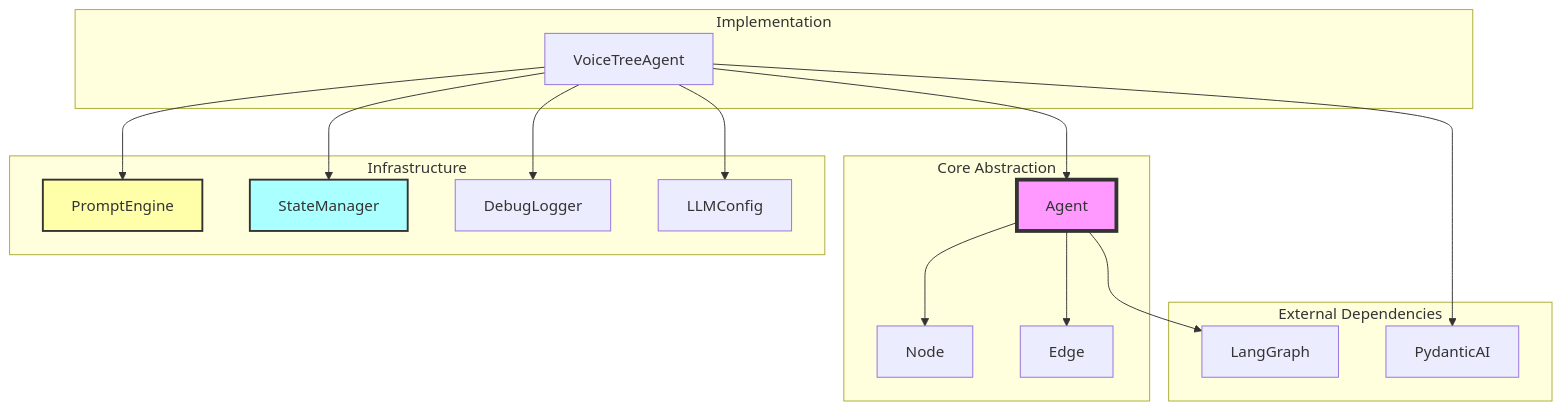
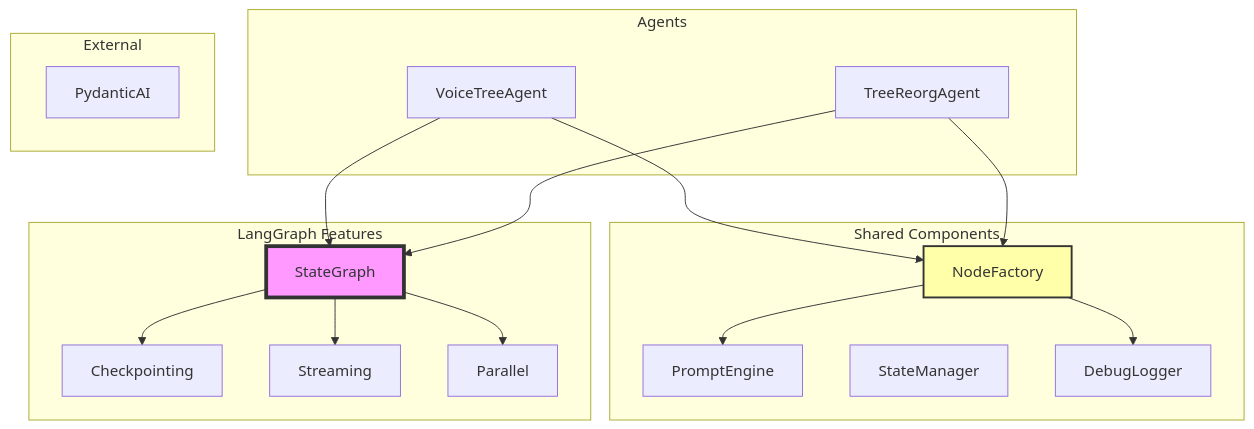
The diagram in backend/tests/unit_tests/agentic_workflows/ARCHITECTURE.md (voicetreelab/voicetree), drawn with Mermaid before and after one commit. The commit also changed other lines of this file and 4 other files, not shown here.

````diff
--- a/backend/tests/unit_tests/agentic_workflows/ARCHITECTURE.md
+++ b/backend/tests/unit_tests/agentic_workflows/ARCHITECTURE.md
@@ -9,38 +9,40 @@
 ```mermaid
 graph TB
-    subgraph "Core Abstraction"
-        A[Agent]
-        N[Node]
-        E[Edge]
+    subgraph "Agents"
+        VTA[VoiceTreeAgent]
+        TRA[TreeReorgAgent]
     end
     
-    subgraph "Infrastructure"
+    subgraph "Shared Components"
+        NF[NodeFactory]
         PE[PromptEngine]
         SM[StateManager]
         DL[DebugLogger]
-        LC[LLMConfig]
     end
     
-    subgraph "Implementation"
-        VTA[VoiceTreeAgent]
+    subgraph "LangGraph Features"
+        SG[StateGraph]
+        CP[Checkpointing]
+        ST[Streaming]
+        PL[Parallel]
     end
     
-    subgraph "External Dependencies"
-        LG[LangGraph]
+    subgraph "External"
         PA[PydanticAI]
     end
     
-    A --> N
-    A --> E
-    VTA --> A
-    VTA --> PE
-    VTA --> SM
-    VTA --> DL
-    VTA --> LC
-    A --> LG
-    VTA --> PA
+    VTA --> SG
+    VTA --> NF
+    TRA --> SG
+    TRA --> NF
     
-    style A fill:#f9f,stroke:#333,stroke-width:4px
-    style PE fill:#ffa,stroke:#333,stroke-width:2px
-    style SM fill:#aff,stroke:#333,stroke-width:2px
+    NF --> PE
+    NF --> DL
+    
+    SG --> CP
+    SG --> ST
+    SG --> PL
+    
+    style SG fill:#f9f,stroke:#333,stroke-width:4px
+    style NF fill:#ffa,stroke:#333,stroke-width:2px
 ```
````
